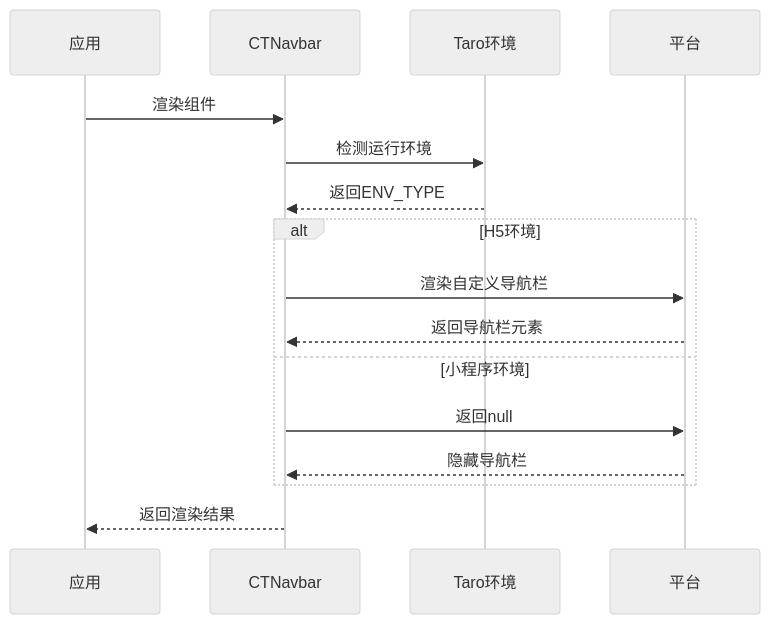
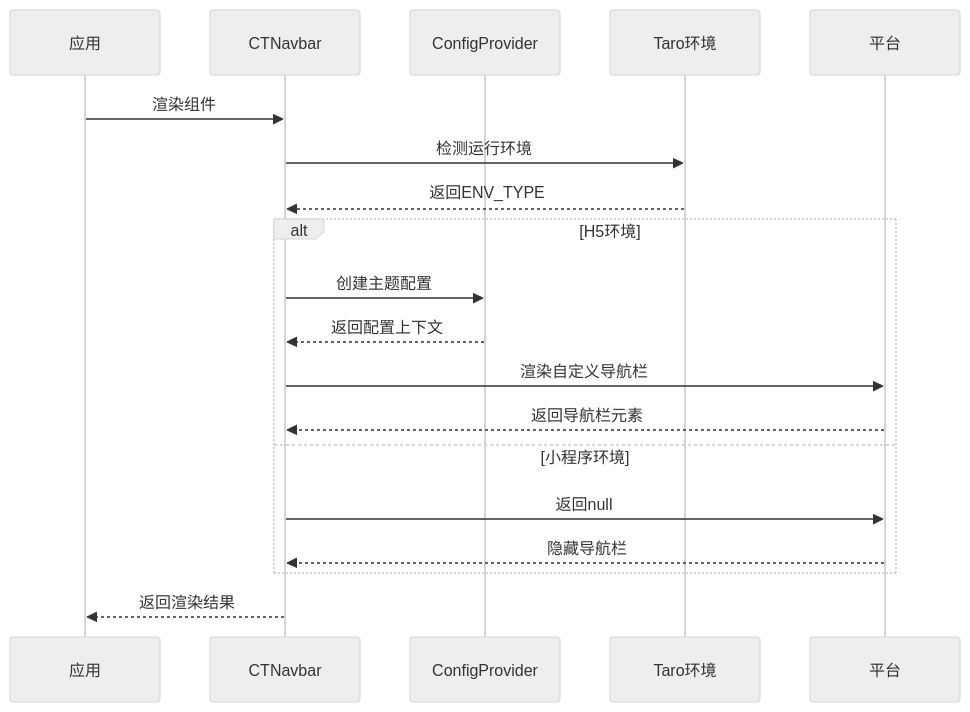
Before and after one commit to zuolinbao/redbook: the fourth of 8 diagrams in .qoder/repowiki/zh/content/UI组件库/CTNavbar跨平台导航栏组件.md, drawn with Mermaid (neutral theme). The commit also changed other lines of this file and 4 other files, not shown here.

````diff
--- a/.qoder/repowiki/zh/content/UI组件库/CTNavbar跨平台导航栏组件.md
+++ b/.qoder/repowiki/zh/content/UI组件库/CTNavbar跨平台导航栏组件.md
@@ -179,18 +193,21 @@
 ```mermaid
 sequenceDiagram
 participant App as 应用
 participant CTN as CTNavbar
+participant CP as ConfigProvider
 participant Taro as Taro环境
 participant Platform as 平台
 App->>CTN : 渲染组件
 CTN->>Taro : 检测运行环境
 Taro-->>CTN : 返回ENV_TYPE
 alt H5环境
+CTN->>CP : 创建主题配置
+CP-->>CTN : 返回配置上下文
 CTN->>Platform : 渲染自定义导航栏
 Platform-->>CTN : 返回导航栏元素
 else 小程序环境
 CTN->>Platform : 返回null
 Platform-->>CTN : 隐藏导航栏
 end
 CTN-->>App : 返回渲染结果
 ```
````
